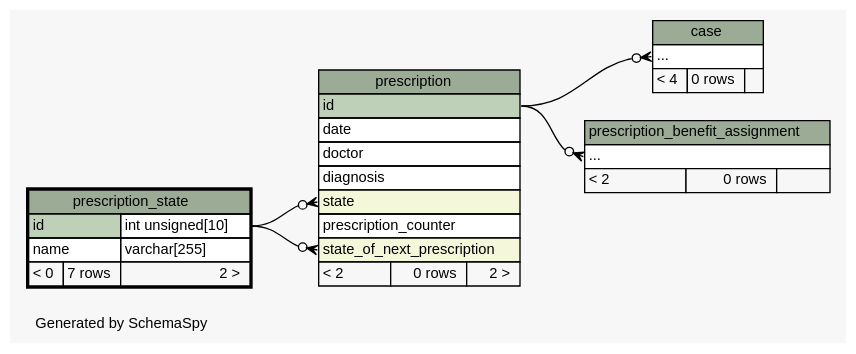
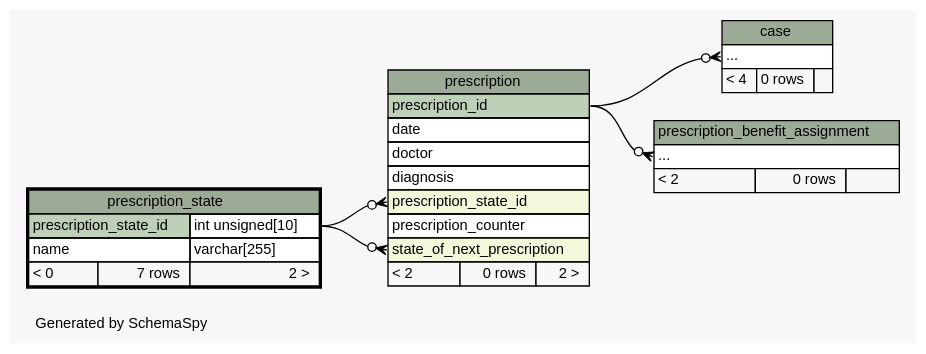
One commit to KaiBMP/KaiBMP.github.io changed the diagram in diagrams/prescription_state.2degrees.dot. Above: the diagram before and after it, drawn with Graphviz. The commit also changed 170 other files, not shown here.

Commit message:
schemaspy update

```diff
--- a/diagrams/prescription_state.2degrees.dot
+++ b/diagrams/prescription_state.2degrees.dot
@@ -1,73 +1,73 @@
 // dot 2.40.1 on Linux 5.3.0-28-generic
 // SchemaSpy rev 590
 digraph "twoDegreesRelationshipsDiagram" {
   graph [
     rankdir="RL"
     bgcolor="#f7f7f7"
     label="\nGenerated by SchemaSpy"
     labeljust="l"
     nodesep="0.18"
     ranksep="0.46"
     fontname="Helvetica"
     fontsize="11"
   ];
   node [
     fontname="Helvetica"
     fontsize="11"
     shape="plaintext"
   ];
   edge [
     arrowsize="0.8"
   ];
-  "case":"elipses":w -> "prescription":"id":e [arrowhead=none dir=back arrowtail=crowodot];
-  "prescription":"state":w -> "prescription_state":"id.type":e [arrowhead=none dir=back arrowtail=crowodot];
-  "prescription":"state_of_next_prescription":w -> "prescription_state":"id.type":e [arrowhead=none dir=back arrowtail=crowodot];
-  "prescription_benefit_assignment":"elipses":w -> "prescription":"id":e [arrowhead=none dir=back arrowtail=crowodot];
+  "case":"elipses":w -> "prescription":"prescription_id":e [arrowhead=none dir=back arrowtail=crowodot];
+  "prescription":"prescription_state_id":w -> "prescription_state":"prescription_state_id.type":e [arrowhead=none dir=back arrowtail=crowodot];
+  "prescription":"state_of_next_prescription":w -> "prescription_state":"prescription_state_id.type":e [arrowhead=none dir=back arrowtail=crowodot];
+  "prescription_benefit_assignment":"elipses":w -> "prescription":"prescription_id":e [arrowhead=none dir=back arrowtail=crowodot];
   "case" [
     label=<
     <TABLE BORDER="0" CELLBORDER="1" CELLSPACING="0" BGCOLOR="#ffffff">
       <TR><TD COLSPAN="3" BGCOLOR="#9bab96" ALIGN="CENTER">case</TD></TR>
       <TR><TD PORT="elipses" COLSPAN="3" ALIGN="LEFT">...</TD></TR>
       <TR><TD ALIGN="LEFT" BGCOLOR="#f7f7f7">&lt; 4</TD><TD ALIGN="RIGHT" BGCOLOR="#f7f7f7">0 rows</TD><TD ALIGN="RIGHT" BGCOLOR="#f7f7f7">  </TD></TR>
     </TABLE>>
     URL="case.html"
     tooltip="case"
   ];
   "prescription" [
     label=<
     <TABLE BORDER="0" CELLBORDER="1" CELLSPACING="0" BGCOLOR="#ffffff">
       <TR><TD COLSPAN="3" BGCOLOR="#9bab96" ALIGN="CENTER">prescription</TD></TR>
-      <TR><TD PORT="id" COLSPAN="3" BGCOLOR="#bed1b8" ALIGN="LEFT">id</TD></TR>
+      <TR><TD PORT="prescription_id" COLSPAN="3" BGCOLOR="#bed1b8" ALIGN="LEFT">prescription_id</TD></TR>
       <TR><TD PORT="date" COLSPAN="3" ALIGN="LEFT">date</TD></TR>
       <TR><TD PORT="doctor" COLSPAN="3" ALIGN="LEFT">doctor</TD></TR>
       <TR><TD PORT="diagnosis" COLSPAN="3" ALIGN="LEFT">diagnosis</TD></TR>
-      <TR><TD PORT="state" COLSPAN="3" BGCOLOR="#f4f7da" ALIGN="LEFT">state</TD></TR>
+      <TR><TD PORT="prescription_state_id" COLSPAN="3" BGCOLOR="#f4f7da" ALIGN="LEFT">prescription_state_id</TD></TR>
       <TR><TD PORT="prescription_counter" COLSPAN="3" ALIGN="LEFT">prescription_counter</TD></TR>
       <TR><TD PORT="state_of_next_prescription" COLSPAN="3" BGCOLOR="#f4f7da" ALIGN="LEFT">state_of_next_prescription</TD></TR>
       <TR><TD ALIGN="LEFT" BGCOLOR="#f7f7f7">&lt; 2</TD><TD ALIGN="RIGHT" BGCOLOR="#f7f7f7">0 rows</TD><TD ALIGN="RIGHT" BGCOLOR="#f7f7f7">2 &gt;</TD></TR>
     </TABLE>>
     URL="prescription.html"
     tooltip="prescription"
   ];
   "prescription_benefit_assignment" [
     label=<
     <TABLE BORDER="0" CELLBORDER="1" CELLSPACING="0" BGCOLOR="#ffffff">
       <TR><TD COLSPAN="3" BGCOLOR="#9bab96" ALIGN="CENTER">prescription_benefit_assignment</TD></TR>
       <TR><TD PORT="elipses" COLSPAN="3" ALIGN="LEFT">...</TD></TR>
       <TR><TD ALIGN="LEFT" BGCOLOR="#f7f7f7">&lt; 2</TD><TD ALIGN="RIGHT" BGCOLOR="#f7f7f7">0 rows</TD><TD ALIGN="RIGHT" BGCOLOR="#f7f7f7">  </TD></TR>
     </TABLE>>
     URL="prescription_benefit_assignment.html"
     tooltip="prescription_benefit_assignment"
   ];
   "prescription_state" [
     label=<
     <TABLE BORDER="2" CELLBORDER="1" CELLSPACING="0" BGCOLOR="#ffffff">
       <TR><TD COLSPAN="3" BGCOLOR="#9bab96" ALIGN="CENTER">prescription_state</TD></TR>
-      <TR><TD PORT="id" COLSPAN="2" BGCOLOR="#bed1b8" ALIGN="LEFT">id</TD><TD PORT="id.type" ALIGN="LEFT">int unsigned[10]</TD></TR>
+      <TR><TD PORT="prescription_state_id" COLSPAN="2" BGCOLOR="#bed1b8" ALIGN="LEFT">prescription_state_id</TD><TD PORT="prescription_state_id.type" ALIGN="LEFT">int unsigned[10]</TD></TR>
       <TR><TD PORT="name" COLSPAN="2" ALIGN="LEFT">name</TD><TD PORT="name.type" ALIGN="LEFT">varchar[255]</TD></TR>
       <TR><TD ALIGN="LEFT" BGCOLOR="#f7f7f7">&lt; 0</TD><TD ALIGN="RIGHT" BGCOLOR="#f7f7f7">7 rows</TD><TD ALIGN="RIGHT" BGCOLOR="#f7f7f7">2 &gt;</TD></TR>
     </TABLE>>
     URL="prescription_state.html"
     tooltip="prescription_state"
   ];
 }
```
